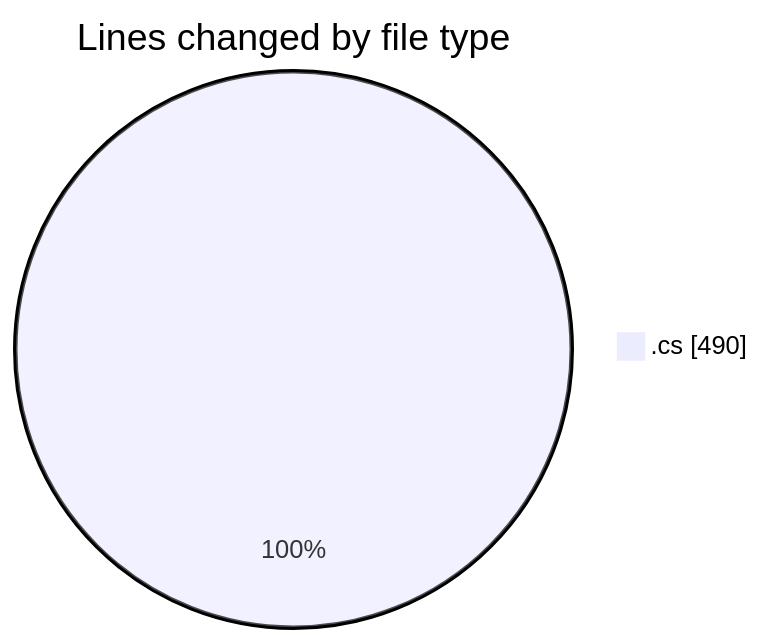
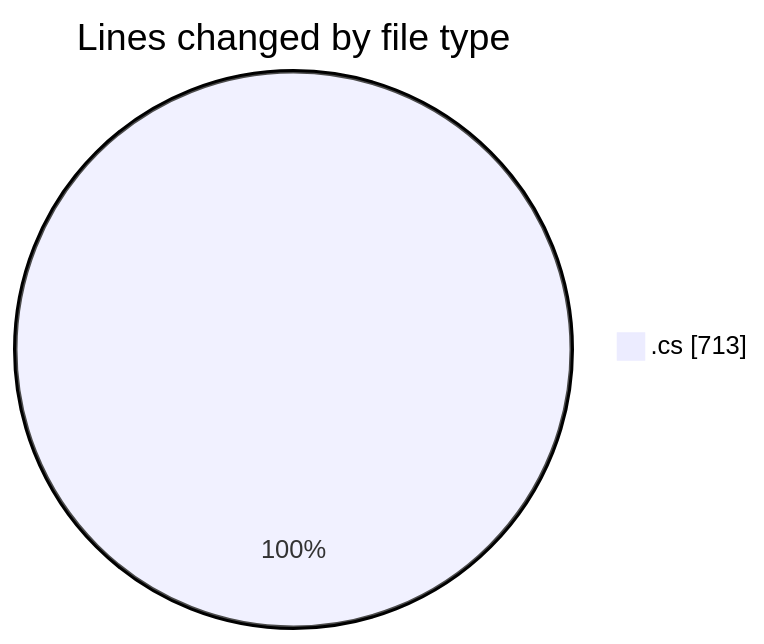
The first of 2 diagrams in 2025-03-21/back-end/README.md (Netris89/code-tracking), drawn with Mermaid before and after one commit. The commit also changed other lines of this file and 1 other file, not shown here.

````diff
--- a/2025-03-21/back-end/README.md
+++ b/2025-03-21/back-end/README.md
@@ -21,5 +23,5 @@
 ```mermaid
 pie showData
 title Lines changed by file type
-".cs" : 490
+".cs" : 713
 ```
````
